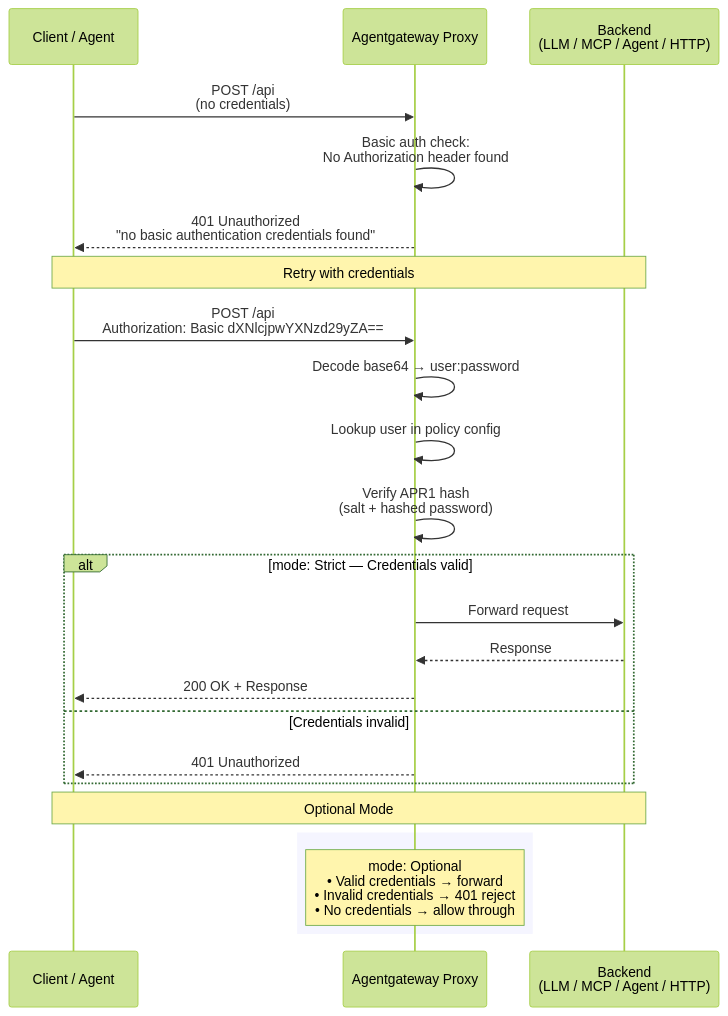
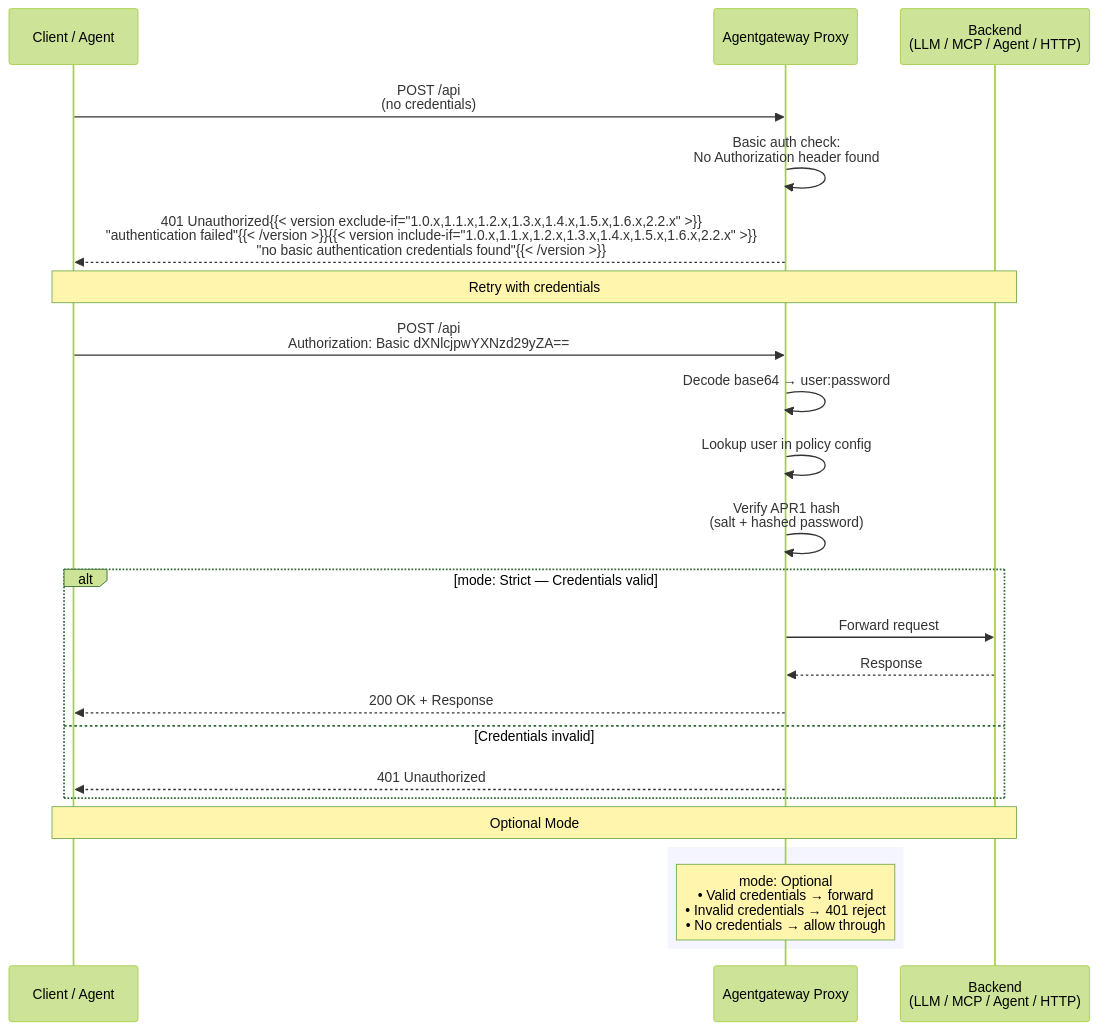
One commit to agentgateway/website changed the diagram in assets/agw-docs/pages/security/basic-auth.md. Above: the diagram before and after it, drawn with Mermaid (forest theme). The commit also changed 11 other files, not shown here.

````diff
--- a/assets/agw-docs/pages/security/basic-auth.md
+++ b/assets/agw-docs/pages/security/basic-auth.md
@@ -6,34 +6,34 @@
 ```mermaid
 sequenceDiagram
     participant C as Client / Agent
     participant AGW as Agentgateway Proxy
     participant Backend as Backend<br/>(LLM / MCP / Agent / HTTP)
 
     C->>AGW: POST /api<br/>(no credentials)
 
     AGW->>AGW: Basic auth check:<br/>No Authorization header found
 
-    AGW-->>C: 401 Unauthorized<br/>"no basic authentication credentials found"
+    AGW-->>C: 401 Unauthorized{{< version exclude-if="1.0.x,1.1.x,1.2.x,1.3.x,1.4.x,1.5.x,1.6.x,2.2.x" >}}<br/>"authentication failed"{{< /version >}}{{< version include-if="1.0.x,1.1.x,1.2.x,1.3.x,1.4.x,1.5.x,1.6.x,2.2.x" >}}<br/>"no basic authentication credentials found"{{< /version >}}
 
     Note over C,Backend: Retry with credentials
 
     C->>AGW: POST /api<br/>Authorization: Basic dXNlcjpwYXNzd29yZA==
 
     AGW->>AGW: Decode base64 → user:password
     AGW->>AGW: Lookup user in policy config
     AGW->>AGW: Verify APR1 hash<br/>(salt + hashed password)
 
     alt mode: Strict — Credentials valid
         AGW->>Backend: Forward request
         Backend-->>AGW: Response
         AGW-->>C: 200 OK + Response
     else Credentials invalid
         AGW-->>C: 401 Unauthorized
     end
 
     Note over C,Backend: Optional Mode
 
     rect rgb(245, 245, 255)
         Note over AGW: mode: Optional<br/>• Valid credentials → forward<br/>• Invalid credentials → 401 reject<br/>• No credentials → allow through
     end
 ```
````
